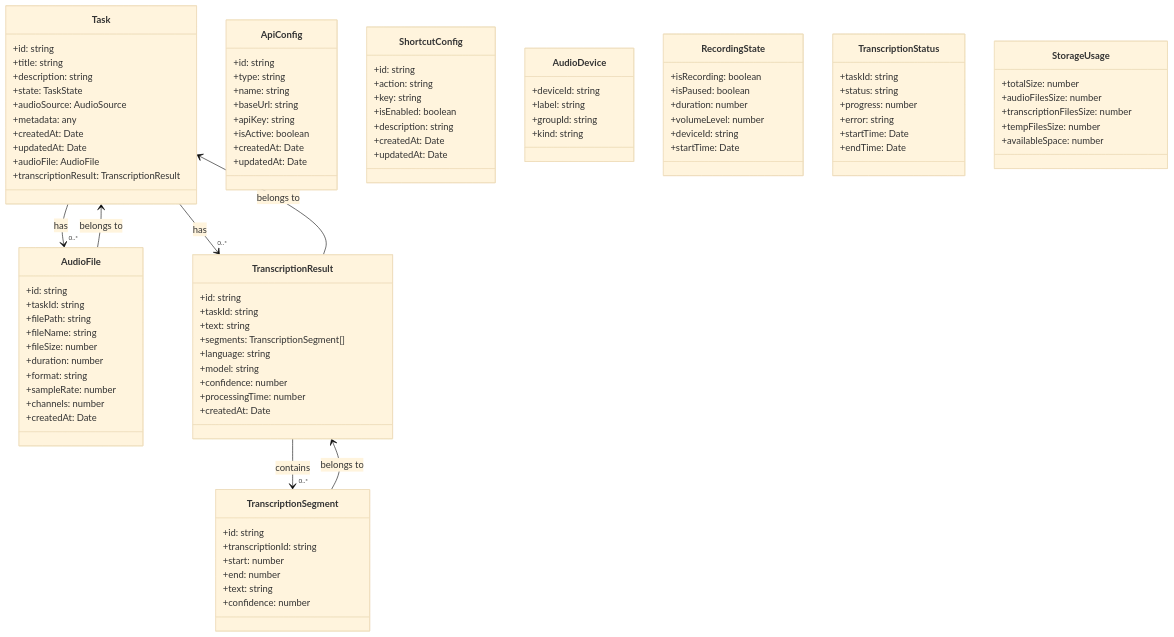
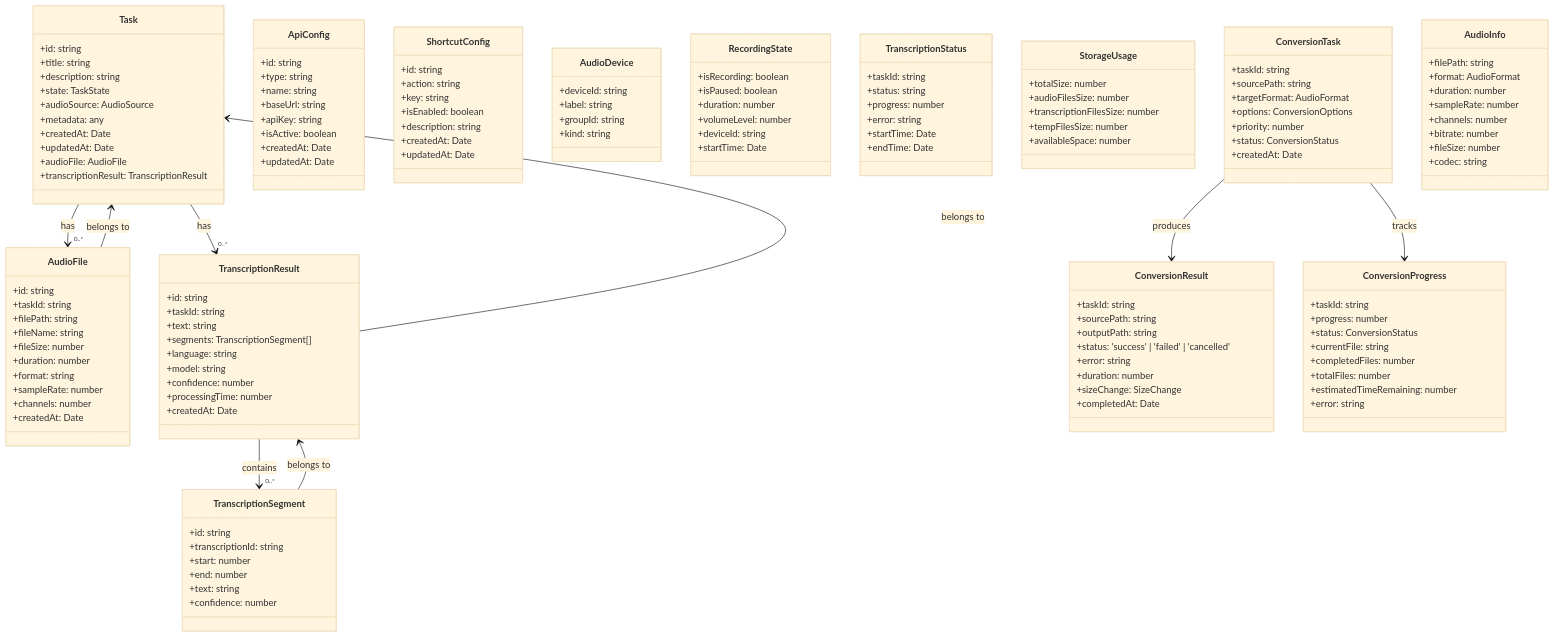
One commit to harveyzhang814/recording-whisper-menubar changed the second of 3 diagrams in docs/technicalDesign.md. Above: the diagram before and after it, drawn with Mermaid (base theme). The commit also changed other lines of this file and 18 other files, not shown here.

````diff
--- a/docs/technicalDesign.md
+++ b/docs/technicalDesign.md
@@ -1447,6 +1696,50 @@
         +availableSpace: number
     }
 
+    %% 音频格式转换数据模型
+    class ConversionTask {
+        +taskId: string
+        +sourcePath: string
+        +targetFormat: AudioFormat
+        +options: ConversionOptions
+        +priority: number
+        +status: ConversionStatus
+        +createdAt: Date
+    }
+
+    class ConversionResult {
+        +taskId: string
+        +sourcePath: string
+        +outputPath: string
+        +status: 'success' | 'failed' | 'cancelled'
+        +error: string
+        +duration: number
+        +sizeChange: SizeChange
+        +completedAt: Date
+    }
+
+    class ConversionProgress {
+        +taskId: string
+        +progress: number
+        +status: ConversionStatus
+        +currentFile: string
+        +completedFiles: number
+        +totalFiles: number
+        +estimatedTimeRemaining: number
+        +error: string
+    }
+
+    class AudioInfo {
+        +filePath: string
+        +format: AudioFormat
+        +duration: number
+        +sampleRate: number
+        +channels: number
+        +bitrate: number
+        +fileSize: number
+        +codec: string
+    }
+
     %% 关系定义
     Task --> "0..*" AudioFile : has
     Task --> "0..*" TranscriptionResult : has
@@ -1454,4 +1747,6 @@
     AudioFile --> Task : belongs to
     TranscriptionResult --> Task : belongs to
     TranscriptionSegment --> TranscriptionResult : belongs to
+    ConversionTask --> ConversionResult : produces
+    ConversionTask --> ConversionProgress : tracks
 ```
````
